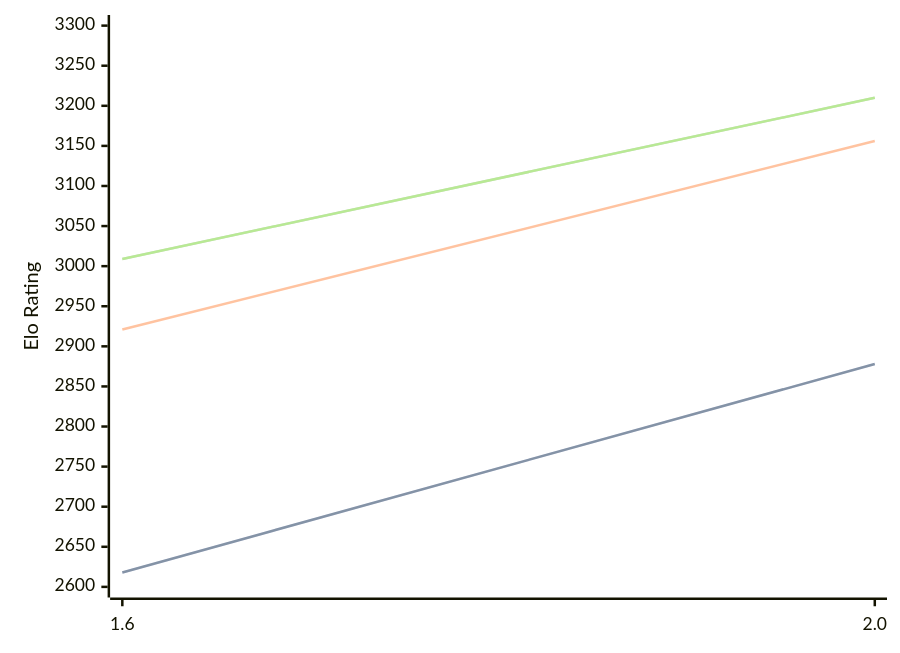
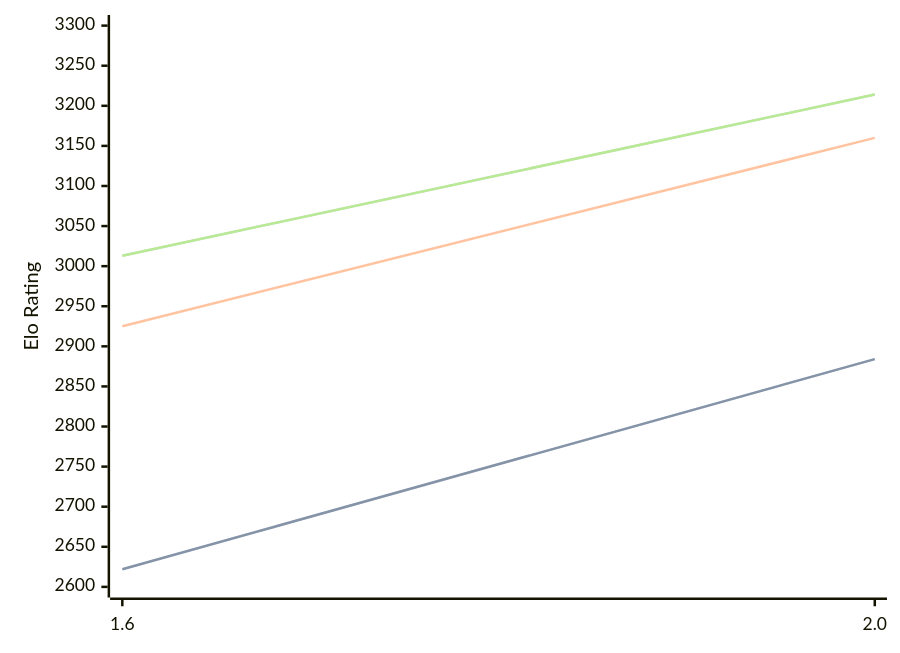
Before and after one commit to computer-chess-index/cci: the diagram in engines/Onyx.md, drawn with Mermaid. The commit also changed other lines of this file, not shown here.

Commit message:
Update CCI Ratings (ELO VLTC) - 2026-08-18

````diff
--- a/engines/Onyx.md
+++ b/engines/Onyx.md
@@ -32,11 +32,11 @@
 ```mermaid
 %%{init: {"theme":"base","themeVariables":{"seriesColors:['#a3a3a3','#222221','#faa371']}}}%%
 xychart-beta
   x-axis ["1.6", "2.0"]
   y-axis "Elo Rating" 2600 --> 3300
-  line "STC (8.0+0.08s)" [2618, 2878]
-  line "STC (8.0+0.08s)" [2618, 2878]
-  line "LTC (60.0+0.60s)" [2921, 3156]
-  line "VLTC (2m24s+1.12s)" [3009, 3210]
-  line "VLTC (2m24s+1.12s)" [3009, 3210]
+  line "STC (8.0+0.08s)" [2622, 2884]
+  line "STC (8.0+0.08s)" [2622, 2884]
+  line "LTC (60.0+0.60s)" [2925, 3160]
+  line "VLTC (2m24s+1.12s)" [3013, 3214]
+  line "VLTC (2m24s+1.12s)" [3013, 3214]
 ```
````
